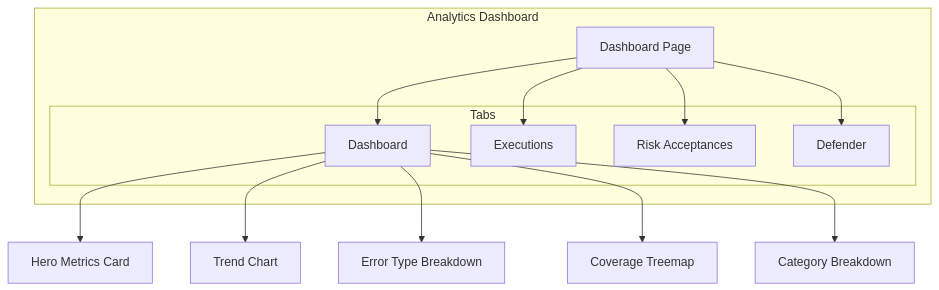
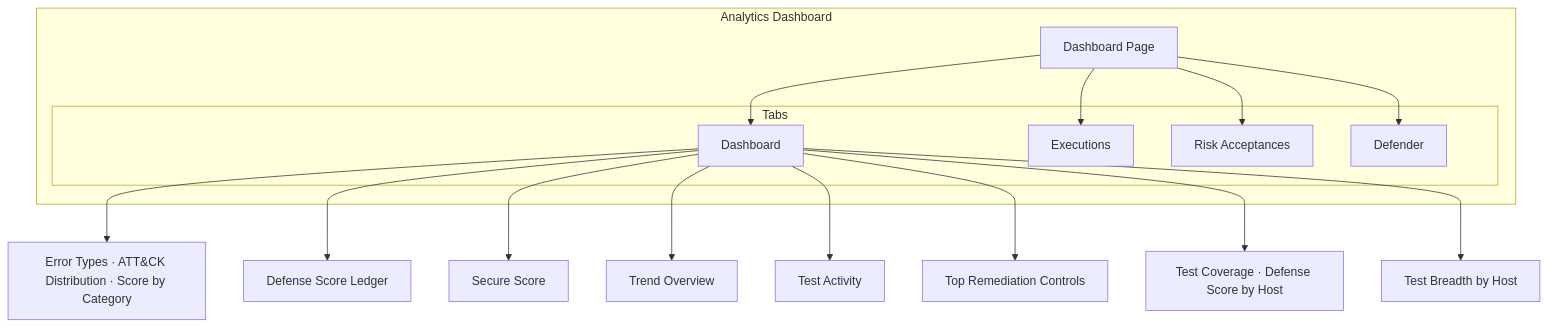
Before and after one commit to projectachilles/ProjectAchilles: the diagram in wiki/docs/user-guide/analytics/defense-score.md, drawn with Mermaid. The commit also changed other lines of this file and 73 other files, not shown here.

````diff
--- a/wiki/docs/user-guide/analytics/defense-score.md
+++ b/wiki/docs/user-guide/analytics/defense-score.md
@@ -54,24 +64,27 @@
 ```mermaid
 graph TB
     subgraph "Analytics Dashboard"
         ADP[Dashboard Page]
 
         subgraph "Tabs"
             DT[Dashboard]
             ET[Executions]
             RT[Risk Acceptances]
             DefT[Defender]
         end
     end
 
     ADP --> DT
     ADP --> ET
     ADP --> RT
     ADP --> DefT
 
-    DT --> HMC[Hero Metrics Card]
-    DT --> TC[Trend Chart]
-    DT --> EPC[Error Type Breakdown]
-    DT --> CT[Coverage Treemap]
-    DT --> CBC[Category Breakdown]
+    DT --> TRIO[Error Types · ATT&CK Distribution · Score by Category]
+    DT --> LED[Defense Score Ledger]
+    DT --> SEC[Secure Score]
+    DT --> TREND[Trend Overview]
+    DT --> ACT[Test Activity]
+    DT --> TOP[Top Remediation Controls]
+    DT --> COV[Test Coverage · Defense Score by Host]
+    DT --> TREE[Test Breadth by Host]
 ```
````
